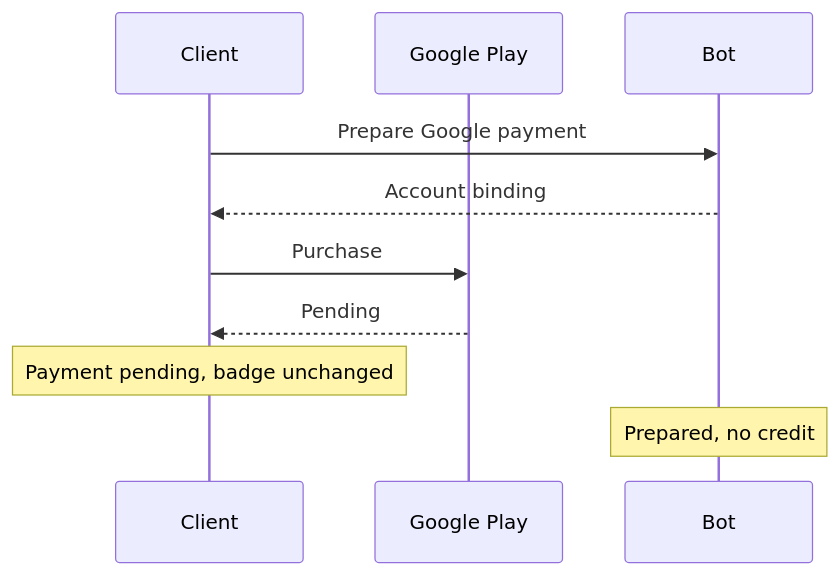
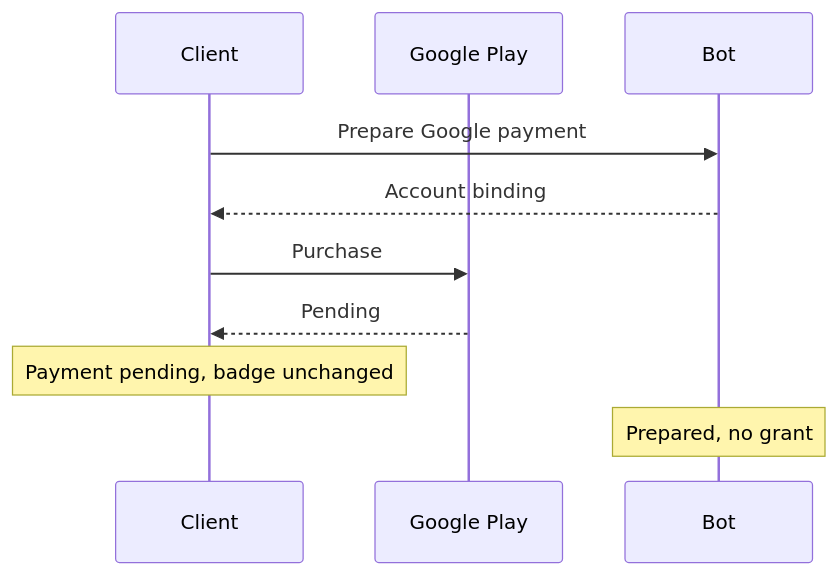
One commit to simplex-chat/simplex-chat changed the fifth of 12 diagrams in plans/2026-07-20-supporter-badges-v2-product.md. Above: the diagram before and after it, drawn with Mermaid. The commit also changed other lines of this file and 4 other files, not shown here.

````diff
--- a/plans/2026-07-20-supporter-badges-v2-product.md
+++ b/plans/2026-07-20-supporter-badges-v2-product.md
@@ -174,12 +174,12 @@
 ```mermaid
 sequenceDiagram
   participant C as Client
   participant G as Google Play
   participant B as Bot
   C->>B: Prepare Google payment
   B-->>C: Account binding
   C->>G: Purchase
   G-->>C: Pending
   Note over C: Payment pending, badge unchanged
-  Note over B: Prepared, no credit
+  Note over B: Prepared, no grant
 ```
````
